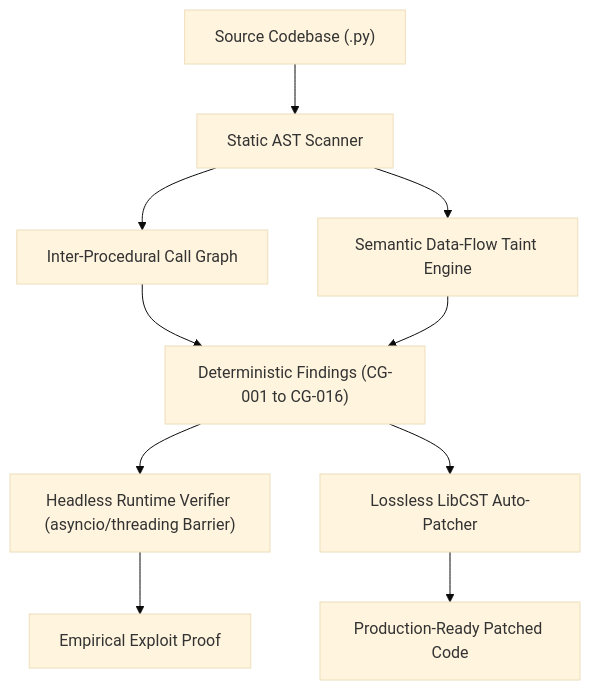
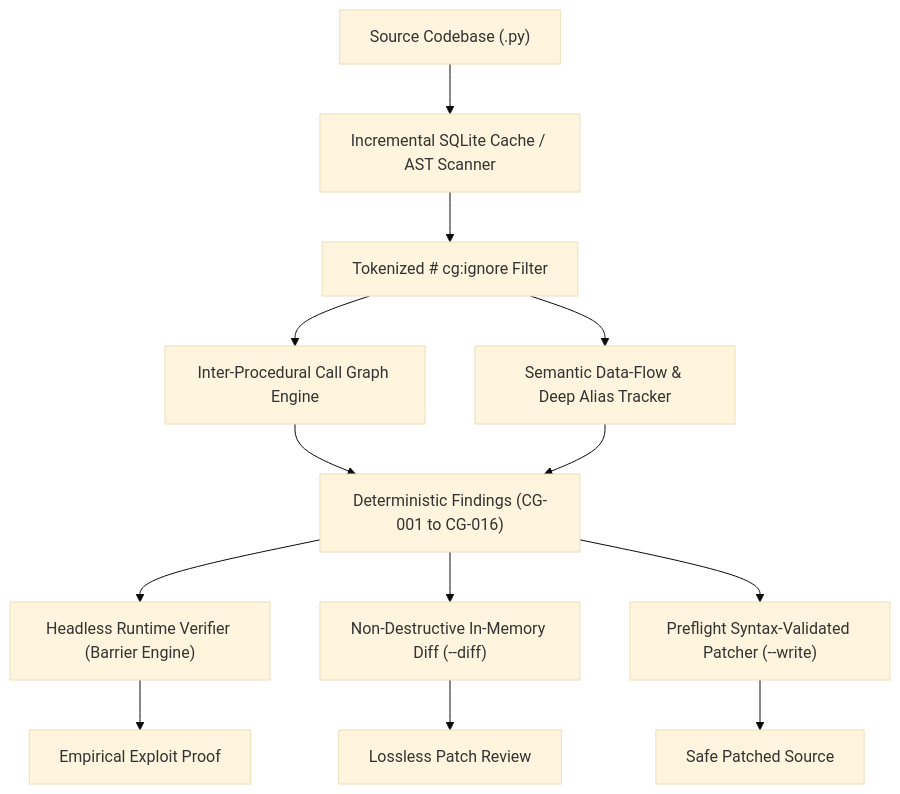
Before and after one commit to AyushkhatiDev/concurrency-guard: the diagram in README.md, drawn with Mermaid (base theme). The commit also changed other lines of this file and 4 other files, not shown here.

Commit message:
release: v2.3.0 with incremental caching, inline suppression, diff review, alias tracking, and context-aware locks

````diff
--- a/README.md
+++ b/README.md
@@ -45,12 +45,15 @@
 ```mermaid
 flowchart TD
-    A["Source Codebase (.py)"] --> B["Static AST Scanner"]
-    B --> C["Inter-Procedural Call Graph"]
-    B --> D["Semantic Data-Flow Taint Engine"]
-    C --> E["Deterministic Findings (CG-001 to CG-016)"]
-    D --> E
-    E --> F["Headless Runtime Verifier (asyncio/threading Barrier)"]
-    E --> G["Lossless LibCST Auto-Patcher"]
-    F --> H["Empirical Exploit Proof"]
-    G --> I["Production-Ready Patched Code"]
+    A["Source Codebase (.py)"] --> B["Incremental SQLite Cache / AST Scanner"]
+    B --> C["Tokenized # cg:ignore Filter"]
+    C --> D["Inter-Procedural Call Graph Engine"]
+    C --> E["Semantic Data-Flow & Deep Alias Tracker"]
+    D --> F["Deterministic Findings (CG-001 to CG-016)"]
+    E --> F
+    F --> G["Headless Runtime Verifier (Barrier Engine)"]
+    F --> H["Non-Destructive In-Memory Diff (--diff)"]
+    F --> I["Preflight Syntax-Validated Patcher (--write)"]
+    G --> J["Empirical Exploit Proof"]
+    H --> K["Lossless Patch Review"]
+    I --> L["Safe Patched Source"]
 ```
````
